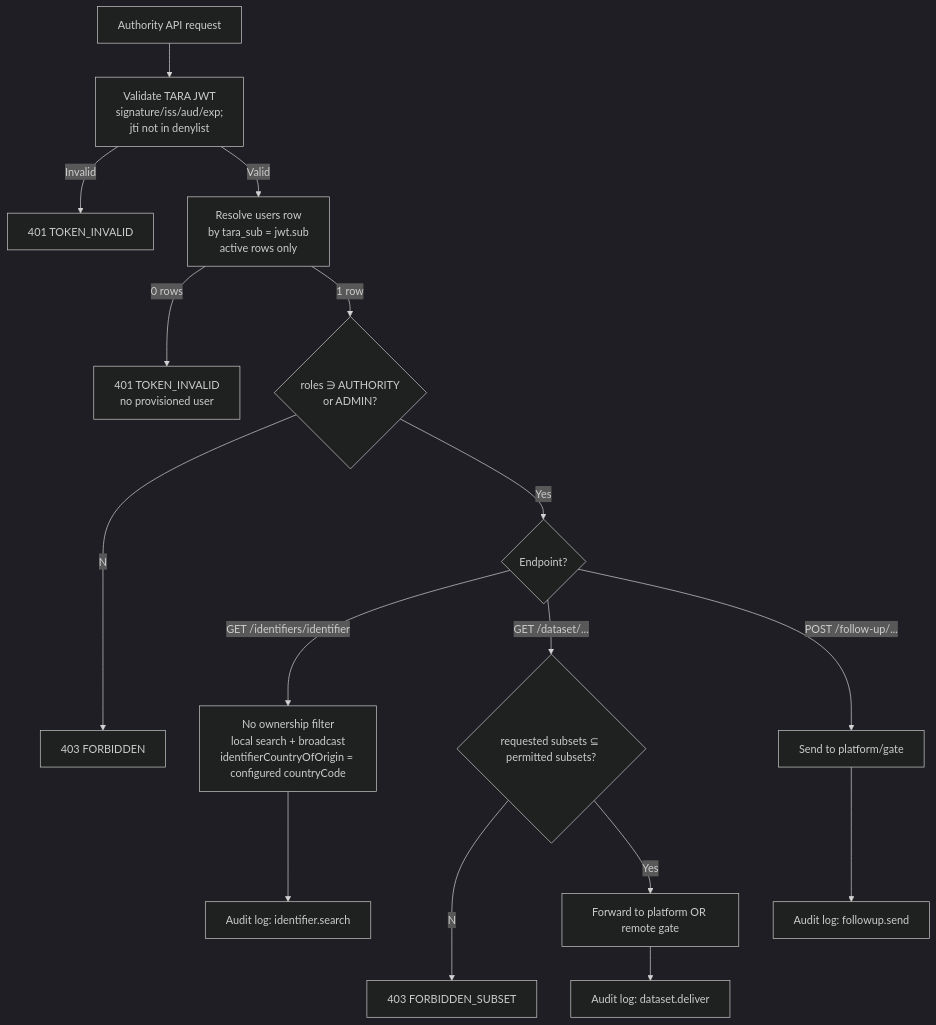
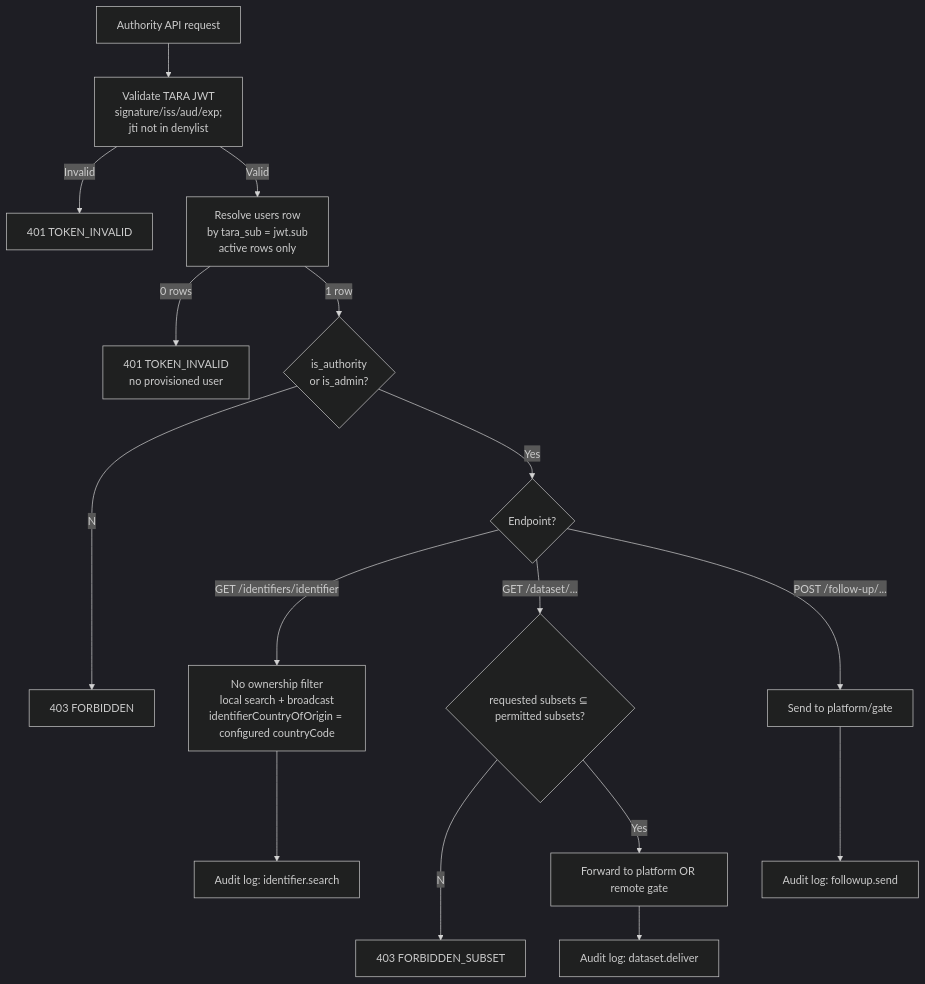
Before and after one commit to kemit-ee/efti-gate-ee: the third of 4 diagrams in docs/specs/permissions-matrix.md, drawn with Mermaid (dark theme). The commit also changed other lines of this file and 42 other files, not shown here.

````diff
--- a/docs/specs/permissions-matrix.md
+++ b/docs/specs/permissions-matrix.md
@@ -144,18 +140,18 @@
 ```mermaid
 flowchart TD
     REQ[Authority API request] --> JWT[Validate TARA JWT<br/>signature/iss/aud/exp;<br/>jti not in denylist]
     JWT --Invalid--> R401[401 TOKEN_INVALID]
     JWT --Valid--> LOOK[Resolve users row<br/>by tara_sub = jwt.sub<br/>active rows only]
     LOOK --0 rows--> R401N[401 TOKEN_INVALID<br/>no provisioned user]
-    LOOK --1 row--> ROLE{roles ∋ AUTHORITY<br/>or ADMIN?}
+    LOOK --1 row--> ROLE{is_authority<br/>or is_admin?}
     ROLE --No--> R403[403 FORBIDDEN]
     ROLE --Yes--> ROUTE{Endpoint?}
     ROUTE -->|GET /identifiers/identifier| SEARCH["No ownership filter<br/>local search + broadcast<br/>identifierCountryOfOrigin = configured countryCode"]
     ROUTE -->|GET /dataset/...| SUB{requested subsets ⊆ permitted subsets?}
     SUB --No--> R403S[403 FORBIDDEN_SUBSET]
     SUB --Yes--> FWD[Forward to platform OR remote gate]
     ROUTE -->|POST /follow-up/...| FU[Send to platform/gate]
     SEARCH --> AUD[Audit log: identifier.search]
     FWD --> AUD2[Audit log: dataset.deliver]
     FU --> AUD3[Audit log: followup.send]
 ```
````
